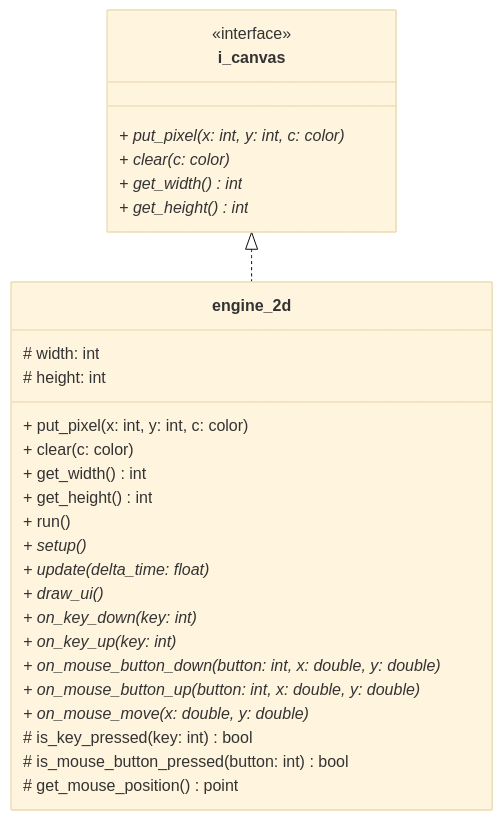
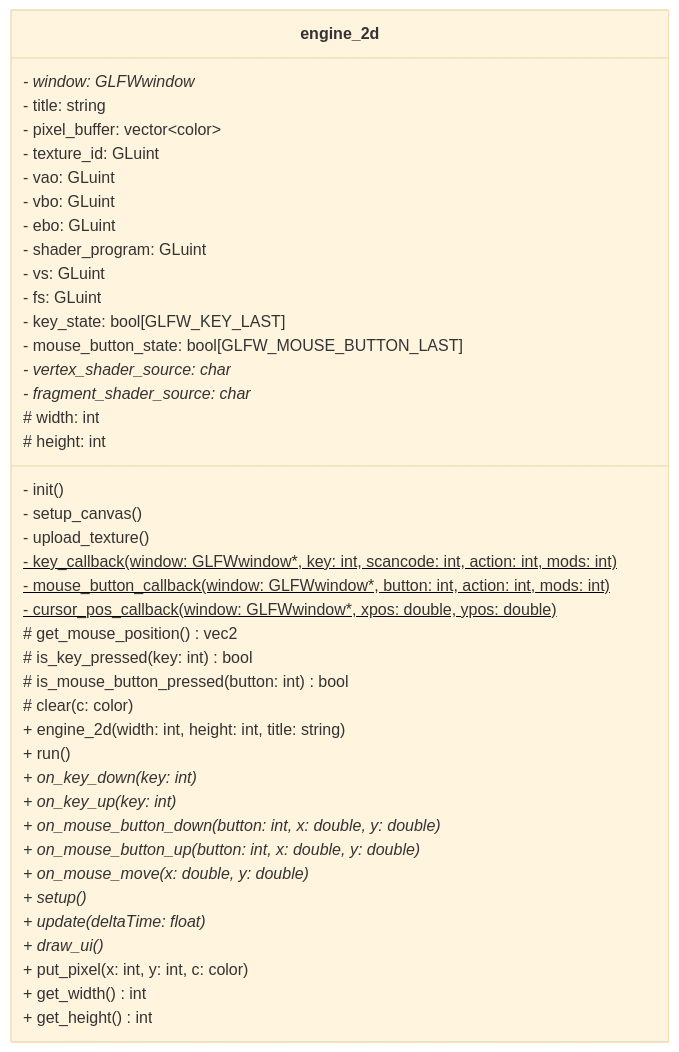
Before and after one commit to MiguelCiav/pain_t: the diagram in diagrams/engine.md, drawn with Mermaid (base theme). The commit also changed other lines of this file and 16 other files, not shown here.

Commit message:
chore: consolidate project architecture and release v1.0.0

````diff
--- a/diagrams/engine.md
+++ b/diagrams/engine.md
@@ -6,33 +6,44 @@
 ```mermaid
 classDiagram
-    class i_canvas {
-        <<interface>>
-        + put_pixel(x: int, y: int, c: color)*
-        + clear(c: color)*
-        + get_width() int*
-        + get_height() int*
-    }
-
     class engine_2d {
+        - window: GLFWwindow*
+        - title: string
+        - pixel_buffer: vector~color~
+        - texture_id: GLuint
+        - vao: GLuint
+        - vbo: GLuint
+        - ebo: GLuint
+        - shader_program: GLuint
+        - vs: GLuint
+        - fs: GLuint
+        - key_state: bool[GLFW_KEY_LAST]
+        - mouse_button_state: bool[GLFW_MOUSE_BUTTON_LAST]
+        - vertex_shader_source: char*
+        - fragment_shader_source: char*
+        - init()
+        - setup_canvas()
+        - upload_texture()
+        - key_callback(window: GLFWwindow*, key: int, scancode: int, action: int, mods: int)$
+        - mouse_button_callback(window: GLFWwindow*, button: int, action: int, mods: int)$
+        - cursor_pos_callback(window: GLFWwindow*, xpos: double, ypos: double)$
         # width: int
         # height: int
-        + put_pixel(x: int, y: int, c: color)
-        + clear(c: color)
-        + get_width() int
-        + get_height() int
+        # get_mouse_position() vec2
+        # is_key_pressed(key: int) bool
+        # is_mouse_button_pressed(button: int) bool
+        # clear(c: color)
+        + engine_2d(width: int, height: int, title: string)
         + run()
-        + setup()*
-        + update(delta_time: float)*
-        + draw_ui()*
         + on_key_down(key: int)*
         + on_key_up(key: int)*
         + on_mouse_button_down(button: int, x: double, y: double)*
         + on_mouse_button_up(button: int, x: double, y: double)*
         + on_mouse_move(x: double, y: double)*
-        # is_key_pressed(key: int) bool
-        # is_mouse_button_pressed(button: int) bool
-        # get_mouse_position() point
+        + setup()*
+        + update(deltaTime: float)*
+        + draw_ui()*
+        + put_pixel(x: int, y: int, c: color)
+        + get_width() int
+        + get_height() int
     }
-
-    i_canvas <|.. engine_2d
 ```
````
